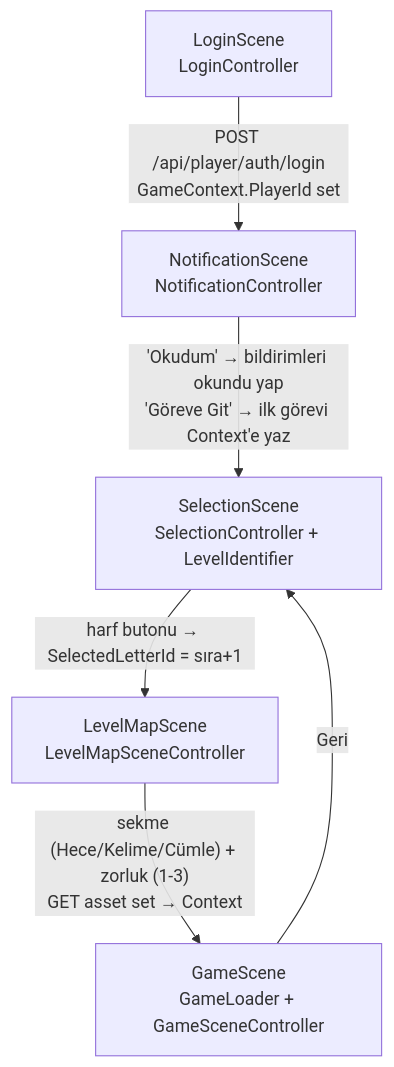
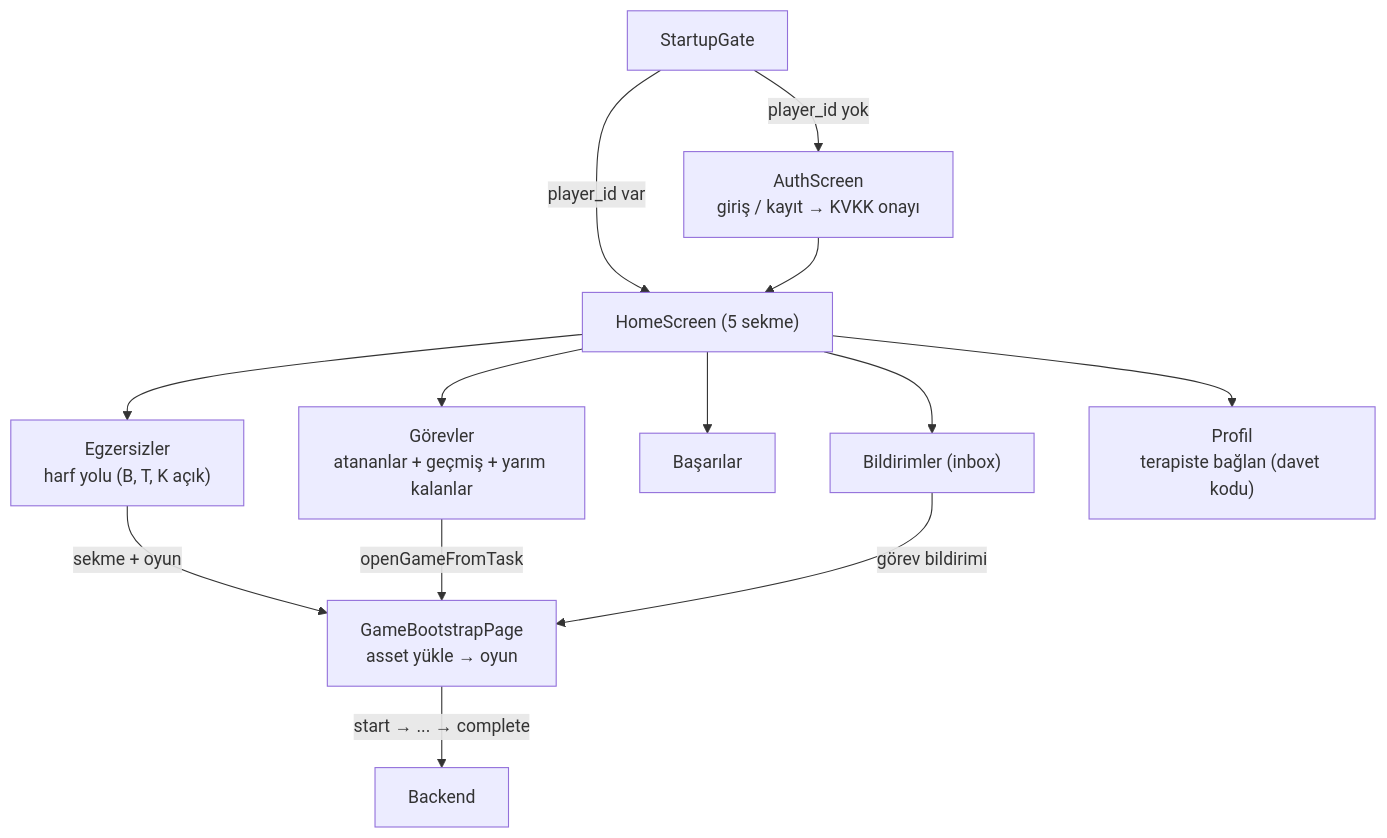
The second of 6 diagrams in ARCHITECTURE.md (bitirmesel/GraduationProject), drawn with Mermaid before and after one commit. The commit also changed other lines of this file and 1 other file, not shown here.

````diff
--- a/ARCHITECTURE.md
+++ b/ARCHITECTURE.md
@@ -121,8 +138,15 @@
 ```mermaid
 flowchart TD
-    L["LoginScene<br/>LoginController"] -->|"POST /api/player/auth/login<br/>GameContext.PlayerId set"| N["NotificationScene<br/>NotificationController"]
-    N -->|"'Okudum' → bildirimleri okundu yap<br/>'Göreve Git' → ilk görevi Context'e yaz"| S["SelectionScene<br/>SelectionController + LevelIdentifier"]
-    S -->|"harf butonu → SelectedLetterId = sıra+1"| M["LevelMapScene<br/>LevelMapSceneController"]
-    M -->|"sekme (Hece/Kelime/Cümle) + zorluk (1-3)<br/>GET asset set → Context"| G["GameScene<br/>GameLoader + GameSceneController"]
-    G -->|"Geri"| S
+    S["StartupGate"] -->|"player_id yok"| A["AuthScreen<br/>giriş / kayıt → KVKK onayı"]
+    S -->|"player_id var"| H["HomeScreen (5 sekme)"]
+    A --> H
+    H --> E["Egzersizler<br/>harf yolu (B, T, K açık)"]
+    H --> M["Görevler<br/>atananlar + geçmiş + yarım kalanlar"]
+    H --> AC["Başarılar"]
+    H --> N["Bildirimler (inbox)"]
+    H --> P["Profil<br/>terapiste bağlan (davet kodu)"]
+    E -->|"sekme + oyun"| G["GameBootstrapPage<br/>asset yükle → oyun"]
+    M -->|"openGameFromTask"| G
+    N -->|"görev bildirimi"| G
+    G -->|"start → ... → complete"| API["Backend"]
 ```
````
